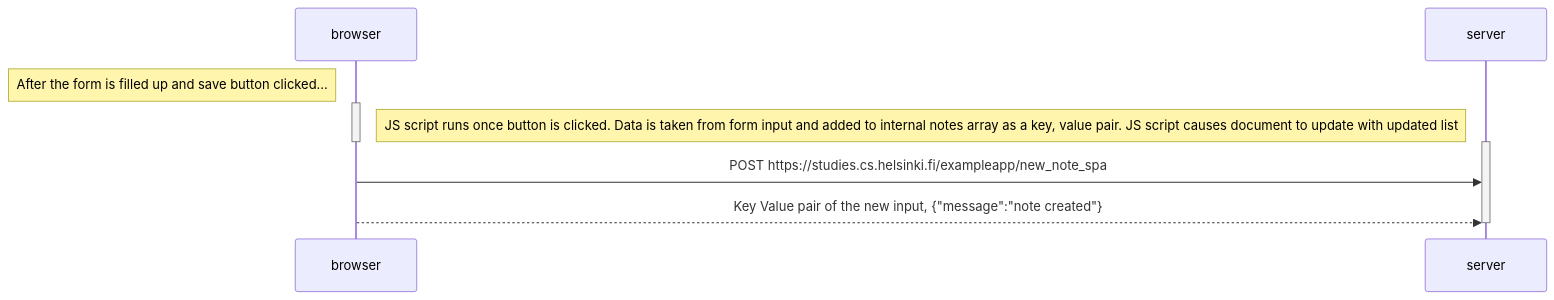
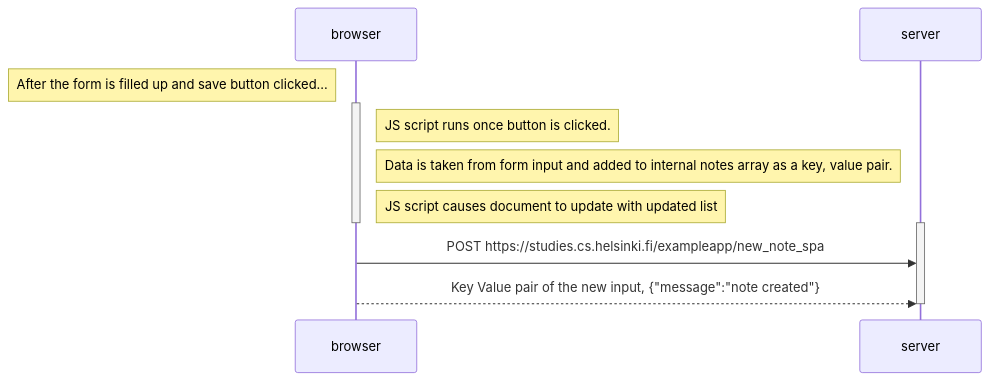
Before and after one commit to auan369/Full-Stack-Open-Course-Submission: the diagram in part0/6-Single-Page-App-Diagram.md, drawn with Mermaid.

Commit message:
part0 exercise 5 and 6 Commit 2

````diff
--- a/part0/6-Single-Page-App-Diagram.md
+++ b/part0/6-Single-Page-App-Diagram.md
@@ -3,24 +3,26 @@
 ```mermaid
 sequenceDiagram;
     participant browser;
     participant server;
 
     
 
     Note left of browser: After the form is filled up and save button clicked...
 
     activate browser;
-    Note right of browser: JS script runs once button is clicked. Data is taken from form input and added to internal notes array as a key, value pair. JS script causes document to update with updated list
+    Note right of browser: JS script runs once button is clicked. 
+    Note right of browser: Data is taken from form input and added to internal notes array as a key, value pair. 
+    Note right of browser: JS script causes document to update with updated list
     deactivate browser;
 
 
 
     activate server;
     browser->>server: POST https://studies.cs.helsinki.fi/exampleapp/new_note_spa;
     
     browser-->>server: Key Value pair of the new input, {"message":"note created"}
     deactivate server; 
 
 
     
 ```
````
